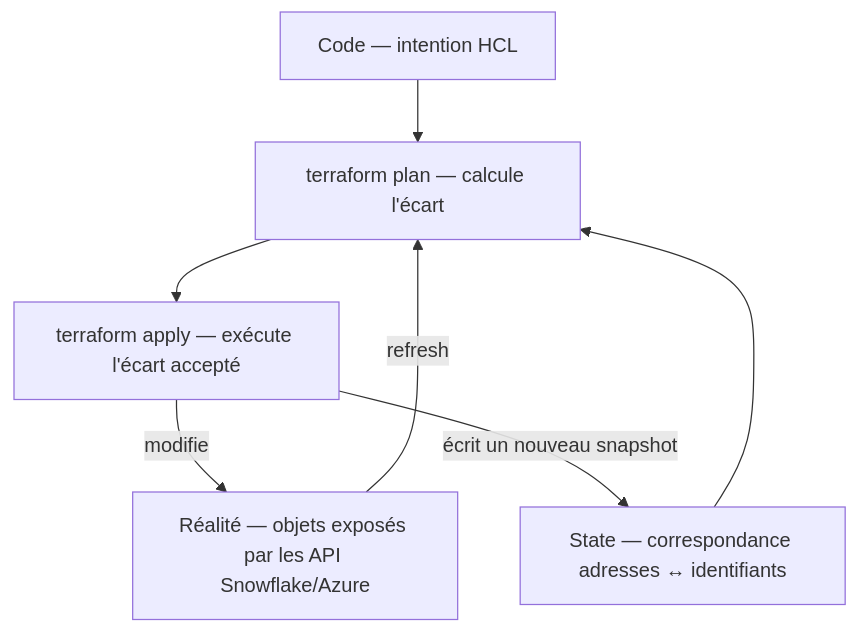
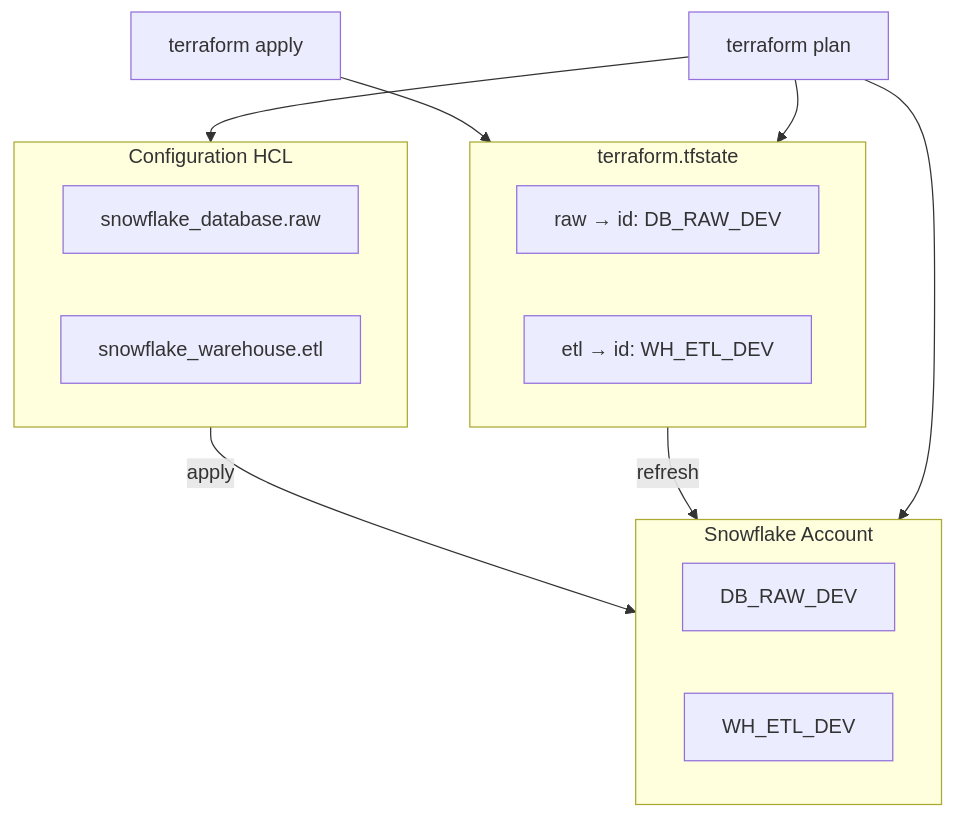
The second of 5 diagrams in courses/day-01/module-02-state-management/course.md (msellamiTN/Snowflake-terraform), drawn with Mermaid before and after one commit. The commit also changed other lines of this file and 14 other files, not shown here.

````diff
--- a/courses/day-01/module-02-state-management/course.md
+++ b/courses/day-01/module-02-state-management/course.md
@@ -40,15 +37,24 @@
 ```mermaid
 flowchart TB
-    CODE["Code — intention HCL"]
-    STATE["State — correspondance adresses ↔ identifiants"]
-    REAL["Réalité — objets exposés par les API Snowflake/Azure"]
-    PLAN["terraform plan — calcule l'écart"]
-    APPLY["terraform apply — exécute l'écart accepté"]
+    subgraph Code["Configuration HCL"]
+        R1[snowflake_database.raw]
+        R2[snowflake_warehouse.etl]
+    end
 
-    CODE --> PLAN
-    STATE --> PLAN
-    REAL -->|refresh| PLAN
-    PLAN --> APPLY
-    APPLY -->|modifie| REAL
-    APPLY -->|écrit un nouveau snapshot| STATE
+    subgraph State["terraform.tfstate"]
+        M1["raw → id: DB_RAW_DEV"]
+        M2["etl → id: WH_ETL_DEV"]
+    end
+
+    subgraph Reality["Snowflake Account"]
+        SF1[DB_RAW_DEV]
+        SF2[WH_ETL_DEV]
+    end
+
+    Code -->|apply| Reality
+    Apply[terraform apply] --> State
+    State -->|refresh| Reality
+    Plan[terraform plan] --> Code
+    Plan --> State
+    Plan --> Reality
 ```
````
